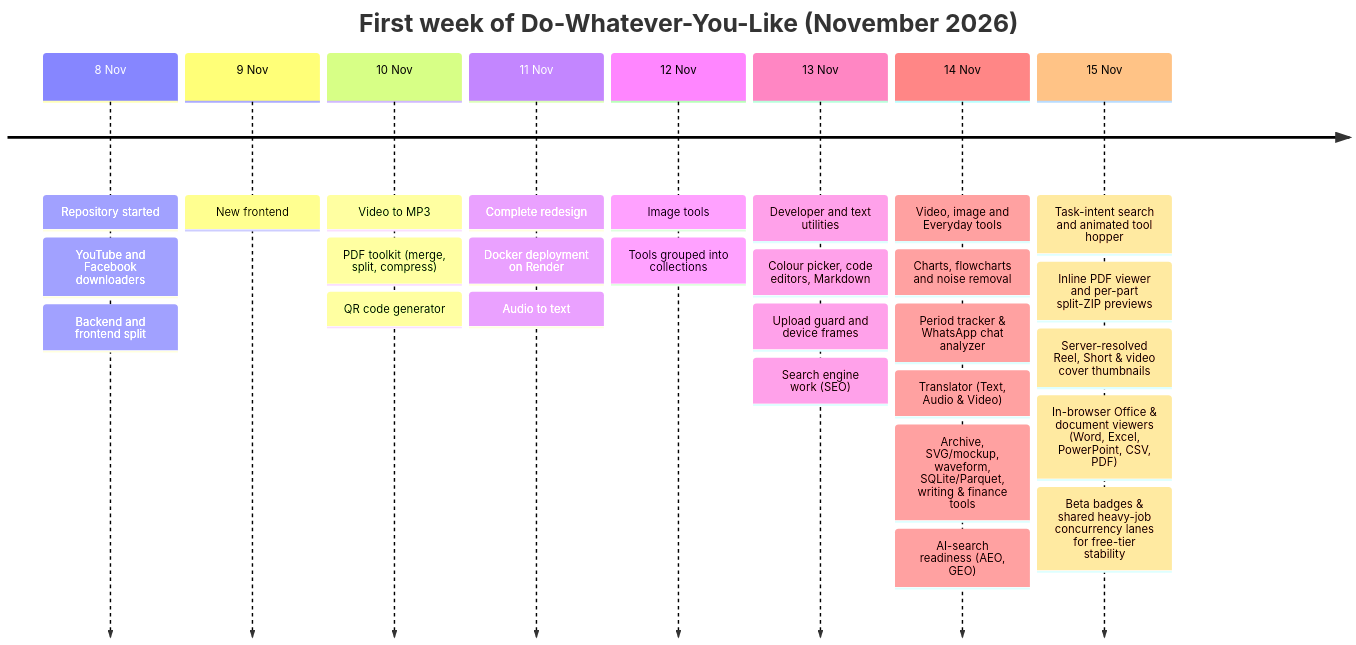
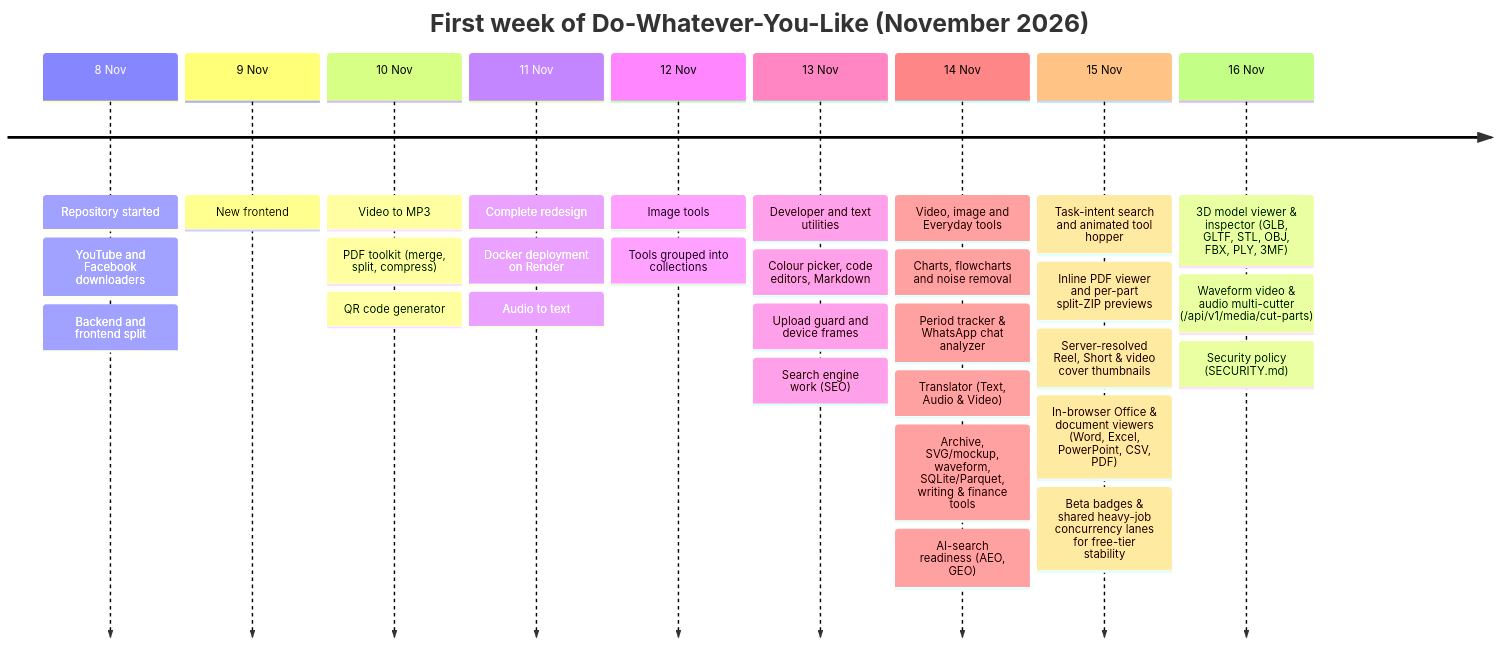
One commit to colddsam/do-whatever-you-like changed the first of 3 diagrams in README.md. Above: the diagram before and after it, drawn with Mermaid. The commit also changed other lines of this file and 16 other files, not shown here.

````diff
--- a/README.md
+++ b/README.md
@@ -414,31 +416,34 @@
 ```mermaid
 timeline
     title First week of Do-Whatever-You-Like (November 2026)
     8 Nov : Repository started
           : YouTube and Facebook downloaders
           : Backend and frontend split
     9 Nov : New frontend
     10 Nov : Video to MP3
            : PDF toolkit (merge, split, compress)
            : QR code generator
     11 Nov : Complete redesign
            : Docker deployment on Render
            : Audio to text
     12 Nov : Image tools
            : Tools grouped into collections
     13 Nov : Developer and text utilities
            : Colour picker, code editors, Markdown
            : Upload guard and device frames
            : Search engine work (SEO)
     14 Nov : Video, image and Everyday tools
            : Charts, flowcharts and noise removal
            : Period tracker & WhatsApp chat analyzer
            : Translator (Text, Audio & Video)
            : Archive, SVG/mockup, waveform, SQLite/Parquet, writing & finance tools
            : AI-search readiness (AEO, GEO)
     15 Nov : Task-intent search and animated tool hopper
            : Inline PDF viewer and per-part split-ZIP previews
            : Server-resolved Reel, Short & video cover thumbnails
            : In-browser Office & document viewers (Word, Excel, PowerPoint, CSV, PDF)
            : Beta badges & shared heavy-job concurrency lanes for free-tier stability
+    16 Nov : 3D model viewer & inspector (GLB, GLTF, STL, OBJ, FBX, PLY, 3MF)
+           : Waveform video & audio multi-cutter (/api/v1/media/cut-parts)
+           : Security policy (SECURITY.md)
 ```
````
